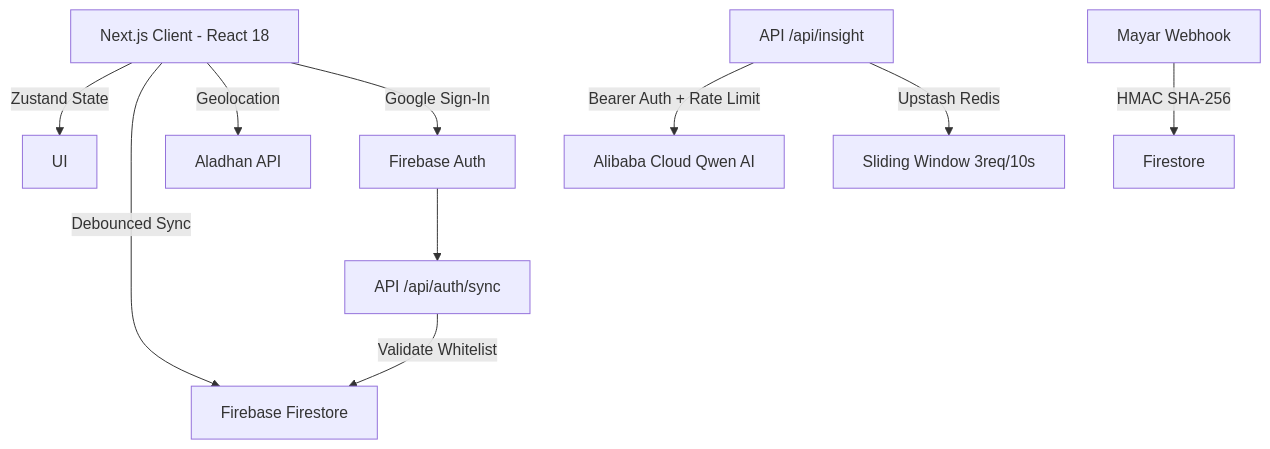
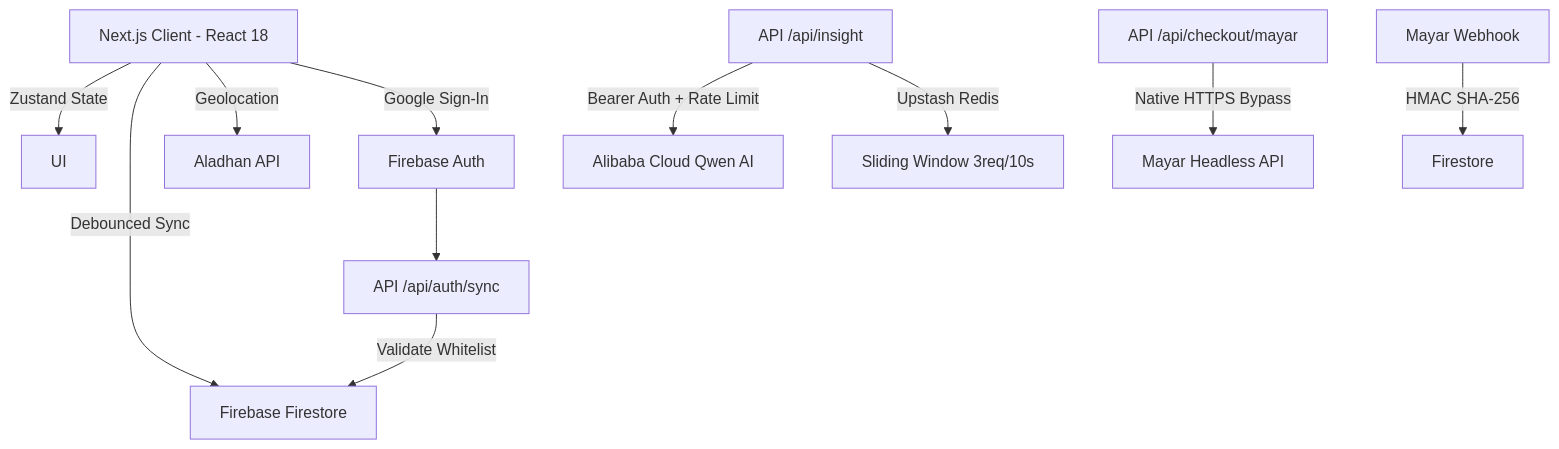
One commit to 0xshalah/Ramadhan-VibeTracker-V2 changed the diagram in README.md. Above: the diagram before and after it, drawn with Mermaid. The commit also changed other lines of this file, not shown here.

Commit message:
Docs: Update README with hardened Mayar integration and architectural improvements

````diff
--- a/README.md
+++ b/README.md
@@ -40,14 +40,15 @@
 ```mermaid
 graph TD;
     Client[Next.js Client - React 18] -->|Zustand State| UI;
     Client -->|Debounced Sync| Firestore[Firebase Firestore];
     Client -->|Geolocation| Aladhan[Aladhan API];
     
     AuthSync[API /api/auth/sync] -->|Validate Whitelist| Firestore;
     Client -->|Google Sign-In| FirebaseAuth[Firebase Auth] --> AuthSync;
     
     API_Insight[API /api/insight] -->|Bearer Auth + Rate Limit| LLM[Alibaba Cloud Qwen AI];
     API_Insight -->|Upstash Redis| RateLimit[Sliding Window 3req/10s];
     
+    Checkout[API /api/checkout/mayar] -->|Native HTTPS Bypass| MayarGate[Mayar Headless API];
     Webhook[Mayar Webhook] -->|HMAC SHA-256| Firestore_Donations[Firestore];
 ```
````
